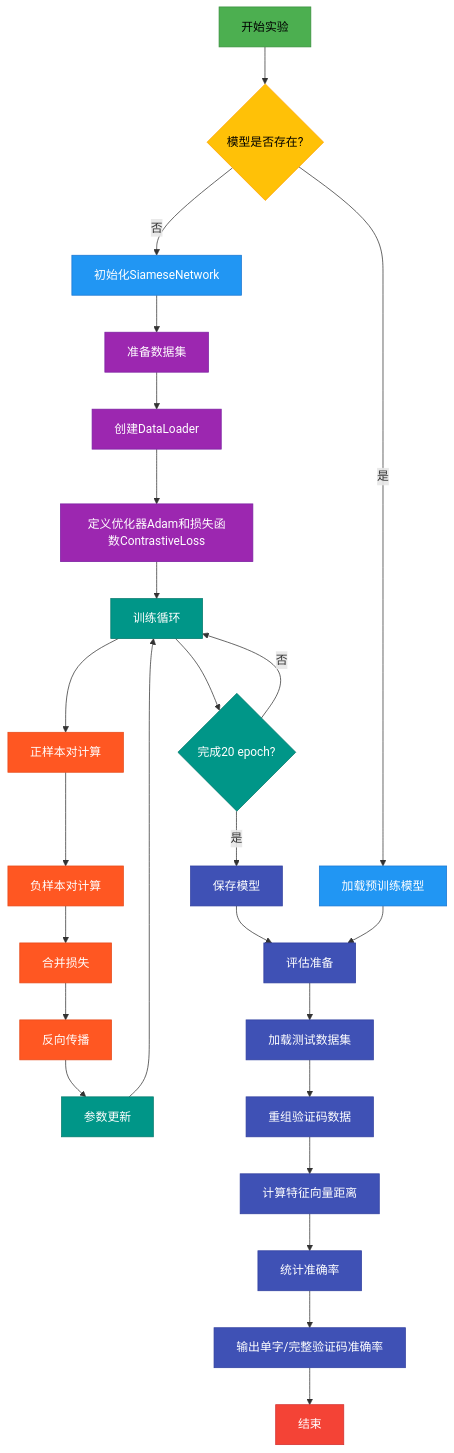
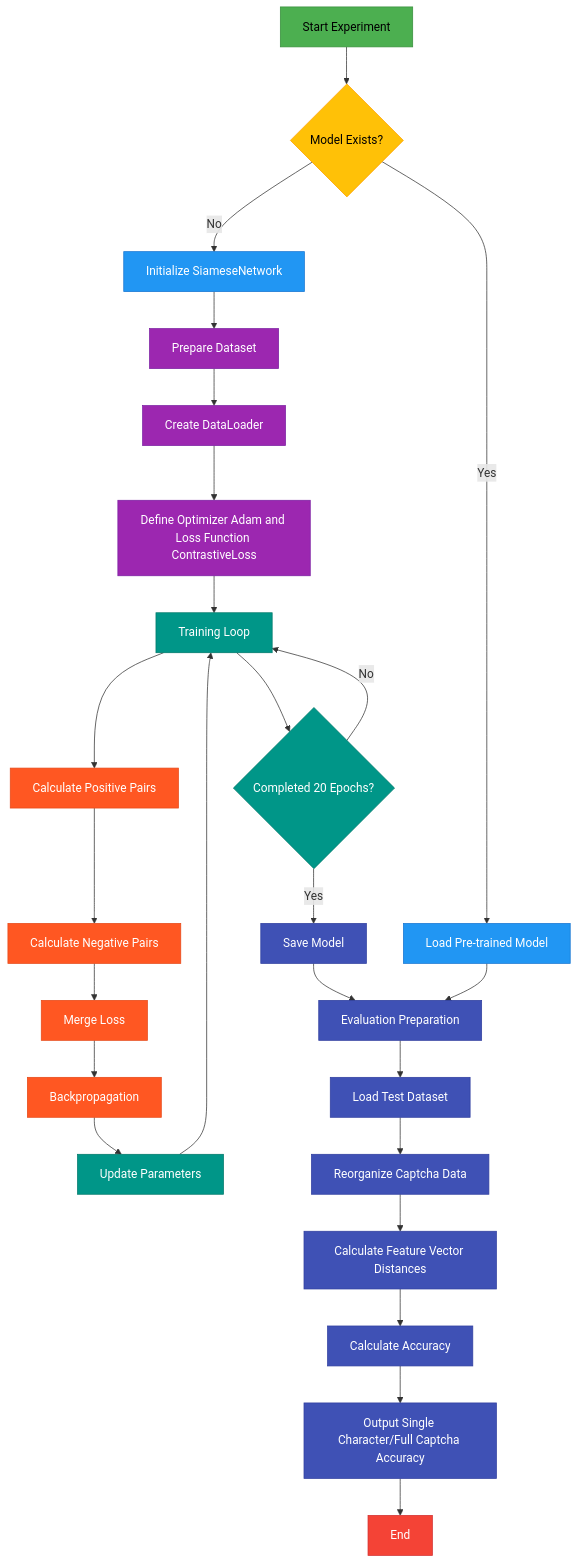
One commit to GT-610/chinese-character-matching-captcha-recognition changed the diagram in plot_figures/siamese_experiment.mmd. Above: the diagram before and after it, drawn with Mermaid. The commit also changed 5 other files, not shown here.

```diff
--- a/plot_figures/siamese_experiment.mmd
+++ b/plot_figures/siamese_experiment.mmd
@@ -1,51 +1,51 @@
 graph TD
-    A[开始实验] --> B{模型是否存在?}
-    B -- 是 --> C[加载预训练模型]
-    B -- 否 --> D[初始化SiameseNetwork]
-    D --> E[准备数据集]
-    E --> F[创建DataLoader]
-    F --> G[定义优化器Adam和损失函数ContrastiveLoss]
+    A[Start Experiment] --> B{Model Exists?}
+    B -- Yes --> C[Load Pre-trained Model]
+    B -- No --> D[Initialize SiameseNetwork]
+    D --> E[Prepare Dataset]
+    E --> F[Create DataLoader]
+    F --> G[Define Optimizer Adam and Loss Function ContrastiveLoss]
     
-    G --> H[训练循环]
-    H --> I[正样本对计算]
-    I --> J[负样本对计算]
-    J --> K[合并损失]
-    K --> L[反向传播]
-    L --> M[参数更新]
+    G --> H[Training Loop]
+    H --> I[Calculate Positive Pairs]
+    I --> J[Calculate Negative Pairs]
+    J --> K[Merge Loss]
+    K --> L[Backpropagation]
+    L --> M[Update Parameters]
     M --> H
     
-    H --> N{完成20 epoch?}
-    N -- 否 --> H
-    N -- 是 --> O[保存模型]
+    H --> N{Completed 20 Epochs?}
+    N -- No --> H
+    N -- Yes --> O[Save Model]
     
-    O --> P[评估准备]
+    O --> P[Evaluation Preparation]
     C --> P
-    P --> Q[加载测试数据集]
-    Q --> R[重组验证码数据]
-    R --> S[计算特征向量距离]
-    S --> T[统计准确率]
-    T --> U[输出单字/完整验证码准确率]
-    U --> V[结束]
+    P --> Q[Load Test Dataset]
+    Q --> R[Reorganize Captcha Data]
+    R --> S[Calculate Feature Vector Distances]
+    S --> T[Calculate Accuracy]
+    T --> U[Output Single Character/Full Captcha Accuracy]
+    U --> V[End]
 
     style A fill:#4CAF50,stroke:#388E3C,color:black
     style B fill:#FFC107,stroke:#FFA000,color:black
     style C fill:#2196F3,stroke:#1976D2,color:white
     style D fill:#2196F3,stroke:#1976D2,color:white
     style E fill:#9C27B0,stroke:#7B1FA2,color:white
     style F fill:#9C27B0,stroke:#7B1FA2,color:white
     style G fill:#9C27B0,stroke:#7B1FA2,color:white
     style H fill:#009688,stroke:#00796B,color:white
     style M fill:#009688,stroke:#00796B,color:white
     style N fill:#009688,stroke:#00796B,color:white
     style I fill:#FF5722,stroke:#E64A19,color:white
     style J fill:#FF5722,stroke:#E64A19,color:white
     style K fill:#FF5722,stroke:#E64A19,color:white
     style L fill:#FF5722,stroke:#E64A19,color:white
     style O fill:#3F51B5,stroke:#303F9F,color:white
     style P fill:#3F51B5,stroke:#303F9F,color:white
     style Q fill:#3F51B5,stroke:#303F9F,color:white
     style R fill:#3F51B5,stroke:#303F9F,color:white
     style S fill:#3F51B5,stroke:#303F9F,color:white
     style T fill:#3F51B5,stroke:#303F9F,color:white
     style U fill:#3F51B5,stroke:#303F9F,color:white
     style V fill:#F44336,stroke:#D32F2F,color:white
```
